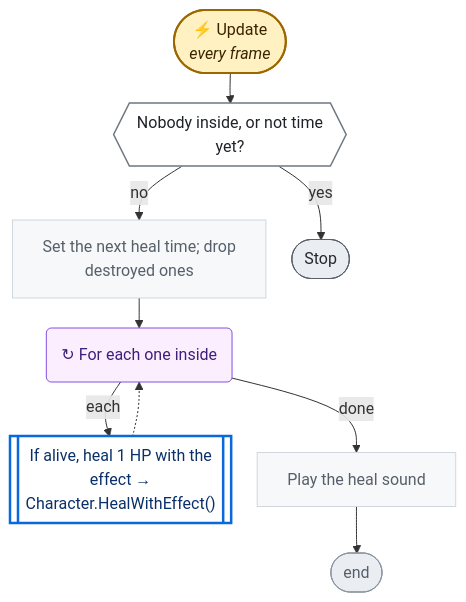
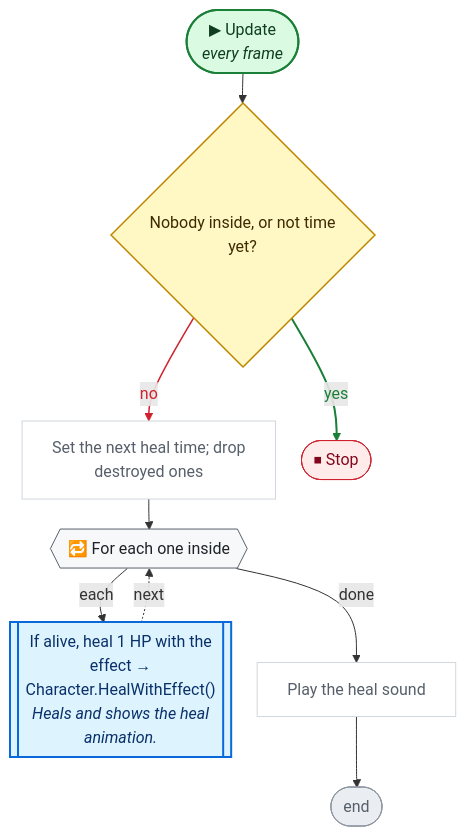
One commit to nataiai/Lord-of-the-Dungeon changed the fourth of 4 diagrams in CodeGraph~/graph/Map/HealingRoom.cs.md. Above: the diagram before and after it, drawn with Mermaid. The commit also changed other lines of this file and 44 other files, not shown here.

````diff
--- a/CodeGraph~/graph/Map/HealingRoom.cs.md
+++ b/CodeGraph~/graph/Map/HealingRoom.cs.md
@@ -152,43 +164,49 @@
 ```mermaid
 ---
 config:
   flowchart:
     wrappingWidth: 260
     nodeSpacing: 26
     rankSpacing: 30
 ---
 flowchart TD
-  nS(["⚡ Update<br><i>every frame</i>"])
-  na40354{{"Nobody inside, or not time<br>yet?"}}
+  nS(["▶ Update<br><i>every frame</i>"])
+  na40354{"Nobody inside, or not time<br>yet?"}
   nc9e746["Set the next heal time; drop<br>destroyed ones"]
-  n09e04f("  ↻ For each one inside  ")
-  n1d953d[["If alive, heal 1 HP with the<br>effect →<br>Character.HealWithEffect()"]]
+  n09e04f{{"🔁 For each one inside"}}
+  n1d953d[["If alive, heal 1 HP with the<br>effect →<br>Character.HealWithEffect()<br><i>Heals and shows the heal</i><br><i>animation.</i>"]]
   nc3591d["Play the heal sound"]
   nE(["end"])
-  nb2e4fc(["Stop"])
+  nb2e4fc(["⏹ Stop"])
   nS --> na40354
   na40354 -->|no| nc9e746
   na40354 -->|yes| nb2e4fc
   nc9e746 --> n09e04f
   n09e04f -->|each| n1d953d
-  n1d953d -.-> n09e04f
+  n1d953d -.->|next| n09e04f
   n09e04f -->|done| nc3591d
   nc3591d --> nE
-  classDef unity fill:#fff1c2,stroke:#9a6700,stroke-width:2px,color:#3b2300
-  classDef start fill:#ddf4ff,stroke:#0969da,stroke-width:2px,color:#0a3069
-  classDef calc fill:#f6f8fa,stroke:#d0d7de,color:#57606a
-  classDef calls fill:#ffffff,stroke:#0969da,stroke-width:2.5px,color:#0a3069
-  classDef cond fill:#ffffff,stroke:#6e7781,stroke-width:1.5px,color:#1f2328
-  classDef loop fill:#fbefff,stroke:#8250df,color:#3e1f79
-  classDef exit fill:#eaeef2,stroke:#57606a,color:#24292f
-  classDef wait fill:#fff8f0,stroke:#bc4c00,color:#4d1d00
+  linkStyle 1 stroke:#cf222e,stroke-width:1.5px,color:#cf222e
+  linkStyle 2 stroke:#1a7f37,stroke-width:2px,color:#1a7f37
+  classDef unity fill:#dafbe1,stroke:#1a7f37,stroke-width:2px,color:#0f3d1d
+  classDef start fill:#dafbe1,stroke:#1a7f37,stroke-width:2px,color:#0f3d1d
+  classDef calc fill:#ffffff,stroke:#d0d7de,color:#57606a
+  classDef calls fill:#ddf4ff,stroke:#0969da,stroke-width:2px,color:#0a3069
+  classDef ext fill:#ddf4ff,stroke:#0969da,stroke-width:2px,stroke-dasharray:5 3,color:#0a3069
+  classDef cond fill:#fff8c5,stroke:#bf8700,stroke-width:1.5px,color:#3d2a00
+  classDef loop fill:#f6f8fa,stroke:#57606a,color:#1f2328
+  classDef exit fill:#ffebe9,stroke:#cf222e,color:#82071e
+  classDef kill fill:#ffebe9,stroke:#cf222e,stroke-width:2px,color:#82071e
+  classDef spawn fill:#dafbe1,stroke:#1a7f37,stroke-width:2px,color:#0f3d1d
+  classDef wait fill:#fff1e5,stroke:#bc4c00,color:#4d1d00
   classDef fin fill:#eaeef2,stroke:#8c959f,color:#57606a
   classDef join fill:#d0d7de,stroke:#8c959f,color:#57606a
+  classDef ghdr fill:#f5f9ff,stroke:#f5f9ff,color:#0a3069,font-weight:bold
   class nc9e746,nc3591d calc
   class n1d953d calls
   class na40354 cond
   class nb2e4fc exit
   class nE fin
   class n09e04f loop
   class nS unity
 ```
````
